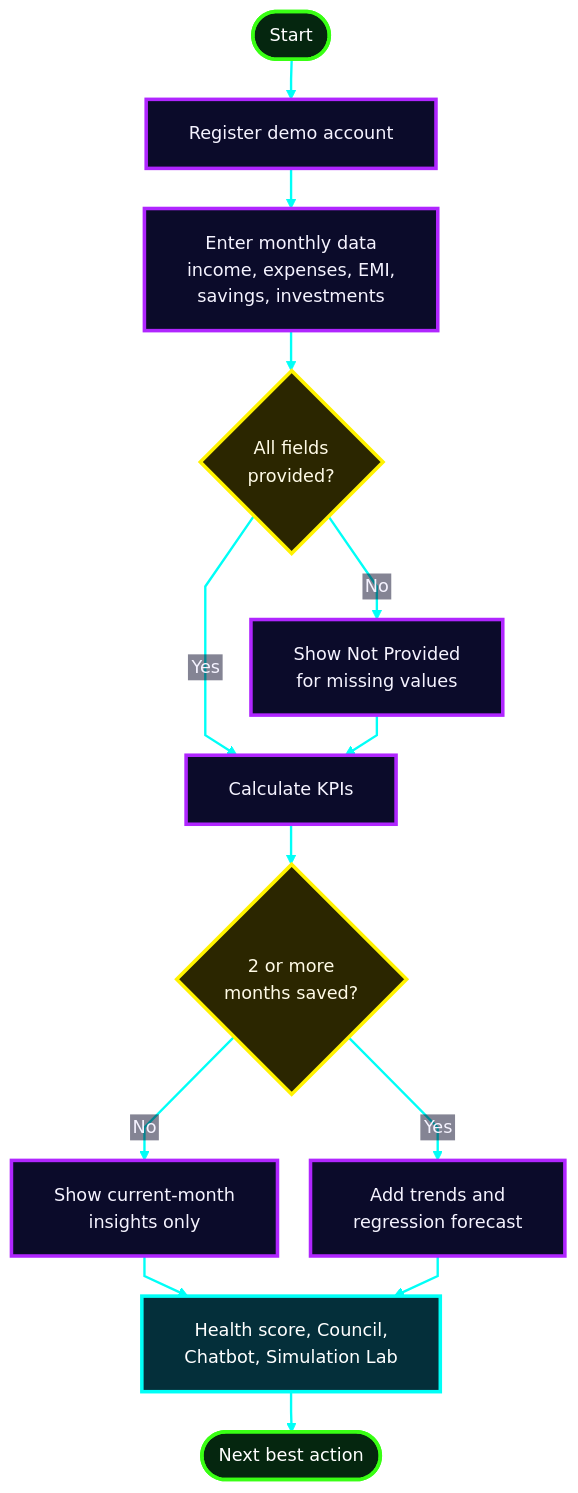
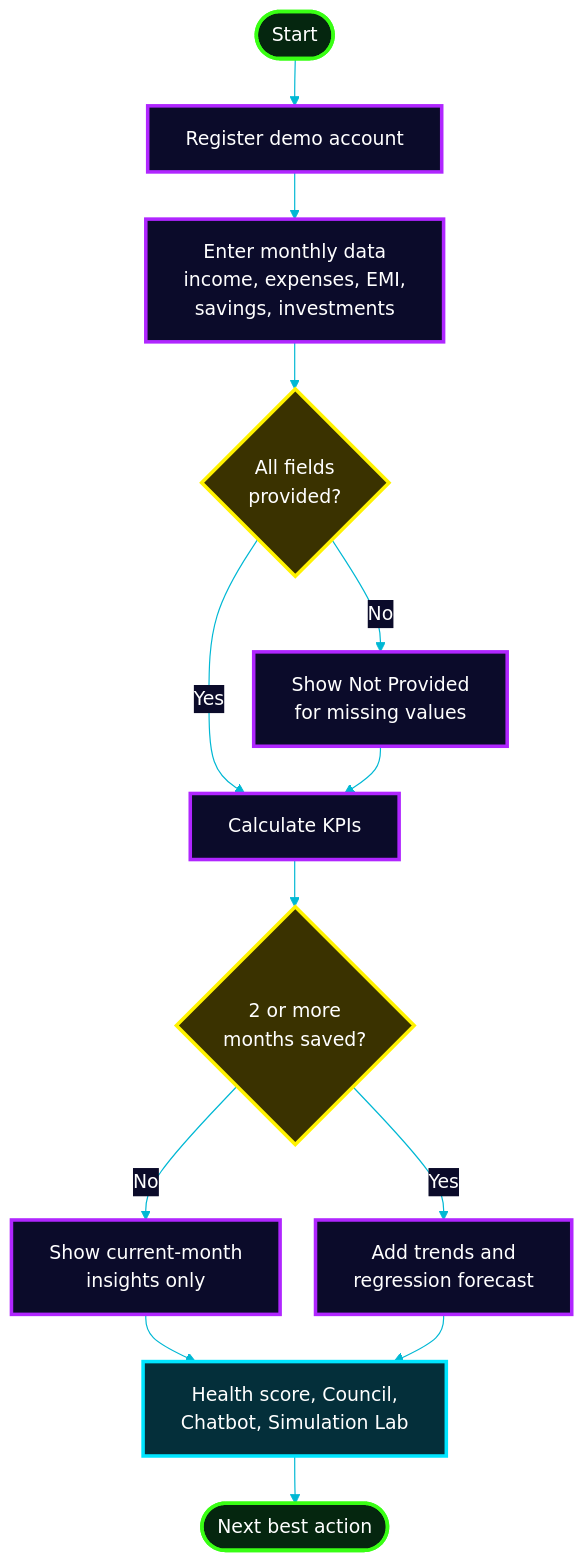
Before and after one commit to Mansi232323/MANSHORA: the fifth of 17 diagrams in README.md, drawn with Mermaid. The commit also changed other lines of this file, not shown here.

````diff
--- a/README.md
+++ b/README.md
@@ -235,25 +231,24 @@
 ```mermaid
-%%{init: {'theme':'base','themeVariables':{'fontSize':'15px','fontFamily':'Arial, Helvetica, sans-serif','primaryColor':'#0b0b2a','primaryTextColor':'#f5f3ff','primaryBorderColor':'#b026ff','lineColor':'#00fff7','textColor':'#f5f3ff','edgeLabelBackground':'#0b0b2a'},'flowchart':{'htmlLabels':false,'nodeSpacing':28,'rankSpacing':34,'padding':18,'curve':'linear'}}}%%
+%%{init: {'theme':'base','themeVariables':{'fontSize':'16px','fontFamily':'Arial, Helvetica, sans-serif','primaryColor':'#0b0b2a','primaryTextColor':'#ffffff','primaryBorderColor':'#b026ff','lineColor':'#00b8d4','textColor':'#ffffff','edgeLabelBackground':'#0b0b2a'},'flowchart':{'htmlLabels':true,'nodeSpacing':30,'rankSpacing':40,'padding':16,'curve':'basis','wrappingWidth':240,'useMaxWidth':true}}}%%
 flowchart TD
     S(["Start"]) --> R["Register demo account"]
     R --> I["Enter monthly data<br/>income, expenses, EMI,<br/>savings, investments"]
     I --> Q{"All fields<br/>provided?"}
     Q -- "No" --> NP["Show Not Provided<br/>for missing values"]
     Q -- "Yes" --> CALC["Calculate KPIs"]
     NP --> CALC
     CALC --> H{"2 or more<br/>months saved?"}
     H -- "No" --> SNAP["Show current-month<br/>insights only"]
     H -- "Yes" --> TREND["Add trends and<br/>regression forecast"]
     SNAP --> OUT["Health score, Council,<br/>Chatbot, Simulation Lab"]
     TREND --> OUT
     OUT --> ACT(["Next best action"])
     classDef start fill:#05260f,stroke:#39ff14,stroke-width:3px,color:#ffffff
-    classDef step fill:#0b0b2a,stroke:#b026ff,stroke-width:3px,color:#f5f3ff
-    classDef decide fill:#2b2600,stroke:#fff200,stroke-width:3px,color:#fffbe6
-    classDef out fill:#042f3a,stroke:#00fff7,stroke-width:3px,color:#ffffff
+    classDef step fill:#0b0b2a,stroke:#b026ff,stroke-width:3px,color:#ffffff
+    classDef decide fill:#3a3200,stroke:#fff200,stroke-width:3px,color:#ffffff
+    classDef out fill:#042f3a,stroke:#00e5ff,stroke-width:3px,color:#ffffff
     class S,ACT start
     class R,I,NP,CALC,SNAP,TREND step
     class Q,H decide
     class OUT out
-    linkStyle default fill:none,stroke:#00fff7,stroke-width:2px
 ```
````
